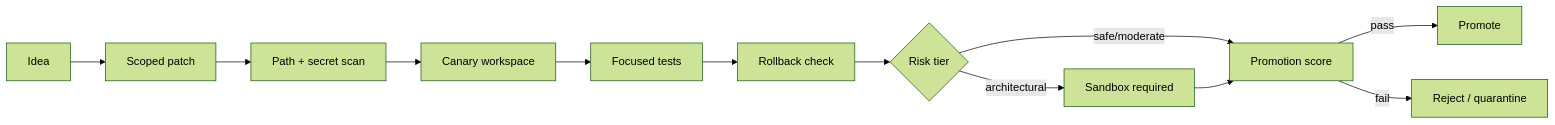
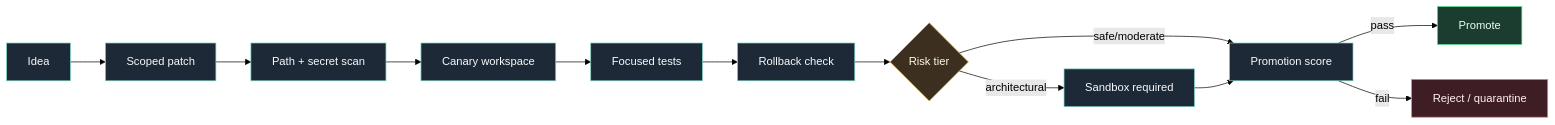
One commit to Kristianaaron/openclaw-harness-autoresearch changed the fourth of 4 diagrams in README.md. Above: the diagram before and after it, drawn with Mermaid (forest theme). The commit also changed other lines of this file and 1 other file, not shown here.

````diff
--- a/README.md
+++ b/README.md
@@ -116,14 +196,19 @@
 ```mermaid
 flowchart LR
-    A["Idea"] --> B["Scoped patch"]
-    B --> C["Path + secret scan"]
-    C --> D["Canary workspace"]
-    D --> E["Focused tests"]
-    E --> F["Rollback check"]
-    F --> G{"Risk tier"}
-    G -->|safe/moderate| H["Promotion score"]
-    G -->|architectural| I["Sandbox required"]
+    classDef box fill:#1e2937,stroke:#7dd3c0,color:#f8fafc
+    classDef decide fill:#3d2f1f,stroke:#e7b549,color:#fefce8
+    classDef ok fill:#1a3d2f,stroke:#4ade80,color:#ecfdf5
+    classDef stop fill:#3f1d24,stroke:#fb7185,color:#fff1f2
+
+    A["Idea"]:::box --> B["Scoped patch"]:::box
+    B --> C["Path + secret scan"]:::box
+    C --> D["Canary workspace"]:::box
+    D --> E["Focused tests"]:::box
+    E --> F["Rollback check"]:::box
+    F --> G{"Risk tier"}:::decide
+    G -->|safe/moderate| H["Promotion score"]:::box
+    G -->|architectural| I["Sandbox required"]:::box
     I --> H
-    H -->|pass| J["Promote"]
-    H -->|fail| K["Reject / quarantine"]
+    H -->|pass| J["Promote"]:::ok
+    H -->|fail| K["Reject / quarantine"]:::stop
 ```
````
